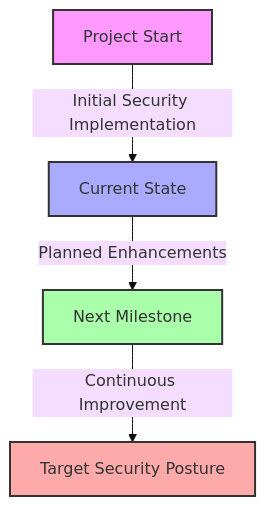
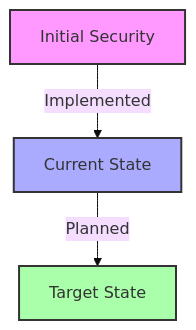
Before and after one commit to danbiocchi/oxidizedoasis-websands: the third of 3 diagrams in docs/Security_Audit.md, drawn with Mermaid (base theme). The commit also changed other lines of this file and 3 other files, not shown here.

````diff
--- a/docs/Security_Audit.md
+++ b/docs/Security_Audit.md
@@ -70,11 +73,9 @@
 ```mermaid
 graph TD
-    A[Project Start] -->|Initial Security Implementation| B[Current State]
-    B -->|Planned Enhancements| C[Next Milestone]
-    C -->|Continuous Improvement| D[Target Security Posture]
+    A[Initial Security] -->|Implemented| B[Current State]
+    B -->|Planned| C[Target State]
     
     style A fill:#f9f,stroke:#333,stroke-width:2px
     style B fill:#aaf,stroke:#333,stroke-width:2px
     style C fill:#afa,stroke:#333,stroke-width:2px
-    style D fill:#faa,stroke:#333,stroke-width:2px
 ```
````
